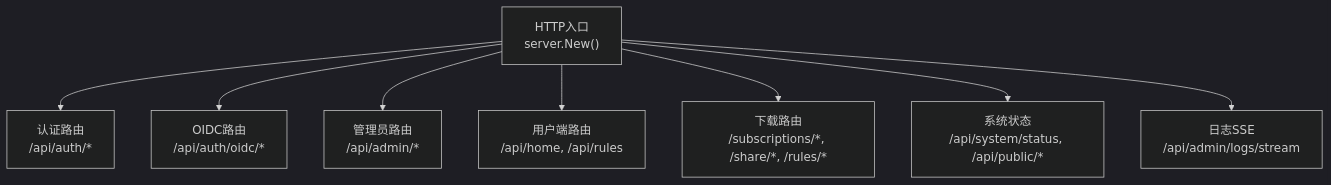
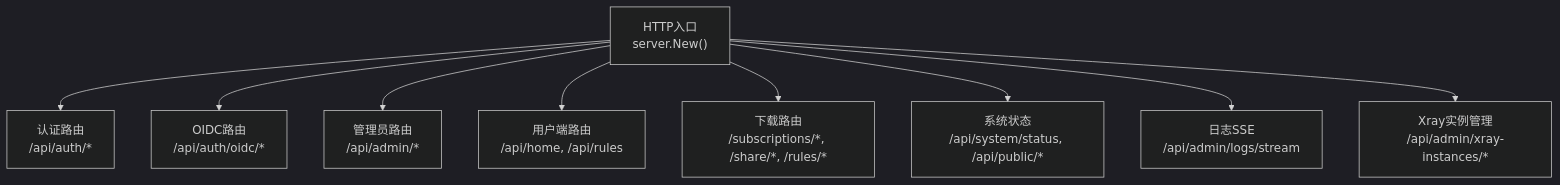
One commit to AlcaProphet/VPN-Subscription-Management changed the first of 6 diagrams in .qoder/repowiki/zh/content/API接口文档/API接口文档.md. Above: the diagram before and after it, drawn with Mermaid (dark theme). The commit also changed other lines of this file and 6 other files, not shown here.

````diff
--- a/.qoder/repowiki/zh/content/API接口文档/API接口文档.md
+++ b/.qoder/repowiki/zh/content/API接口文档/API接口文档.md
@@ -53,10 +63,11 @@
 ```mermaid
 graph TB
 A["HTTP入口<br/>server.New()"] --> B["认证路由<br/>/api/auth/*"]
 A --> C["OIDC路由<br/>/api/auth/oidc/*"]
 A --> D["管理员路由<br/>/api/admin/*"]
 A --> E["用户端路由<br/>/api/home, /api/rules"]
 A --> F["下载路由<br/>/subscriptions/*, /share/*, /rules/*"]
 A --> G["系统状态<br/>/api/system/status, /api/public/*"]
 A --> H["日志SSE<br/>/api/admin/logs/stream"]
+A --> I["Xray实例管理<br/>/api/admin/xray-instances/*"]
 ```
````
